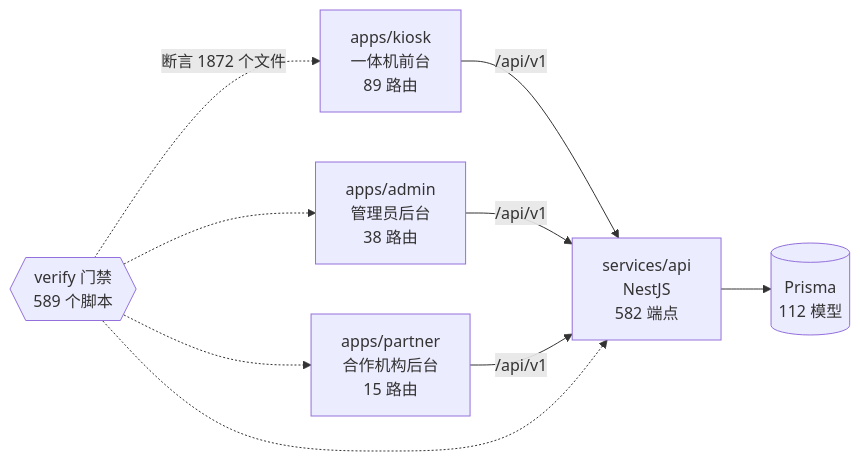
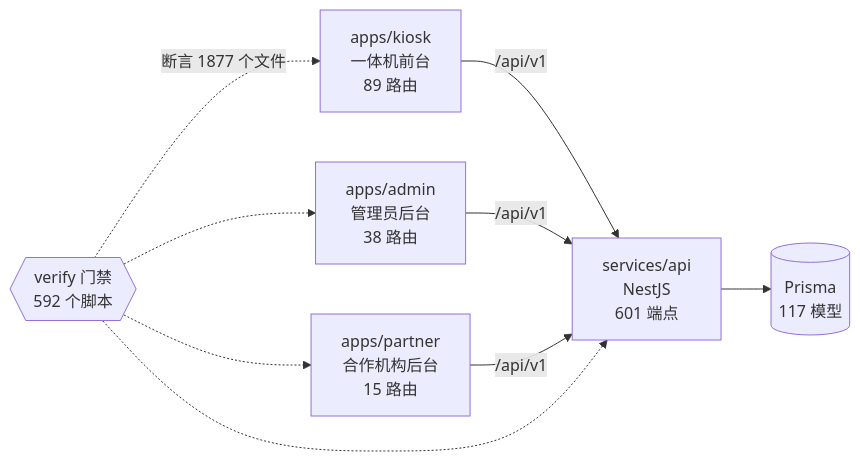
The diagram in docs/graph/README.md (wanglei581/YITIJI), drawn with Mermaid before and after one commit. The commit also changed other lines of this file and 4 other files, not shown here.

Commit message:
chore(graph): 菜单配置拆出 adminNav / partnerNav 后重生图谱（顺带补登首单模块端点）

````diff
--- a/docs/graph/README.md
+++ b/docs/graph/README.md
@@ -68,18 +68,18 @@
 ```mermaid
 flowchart LR
   kiosk["apps/kiosk<br/>一体机前台<br/>89 路由"]
   admin["apps/admin<br/>管理员后台<br/>38 路由"]
   partner["apps/partner<br/>合作机构后台<br/>15 路由"]
-  api["services/api<br/>NestJS<br/>582 端点"]
-  db[("Prisma<br/>112 模型")]
-  gates{{"verify 门禁<br/>589 个脚本"}}
+  api["services/api<br/>NestJS<br/>601 端点"]
+  db[("Prisma<br/>117 模型")]
+  gates{{"verify 门禁<br/>592 个脚本"}}
 
   kiosk -->|"/api/v1"| api
   admin -->|"/api/v1"| api
   partner -->|"/api/v1"| api
   api --> db
-  gates -.->|"断言 1872 个文件"| kiosk
+  gates -.->|"断言 1877 个文件"| kiosk
   gates -.-> admin
   gates -.-> partner
   gates -.-> api
 ```
````
